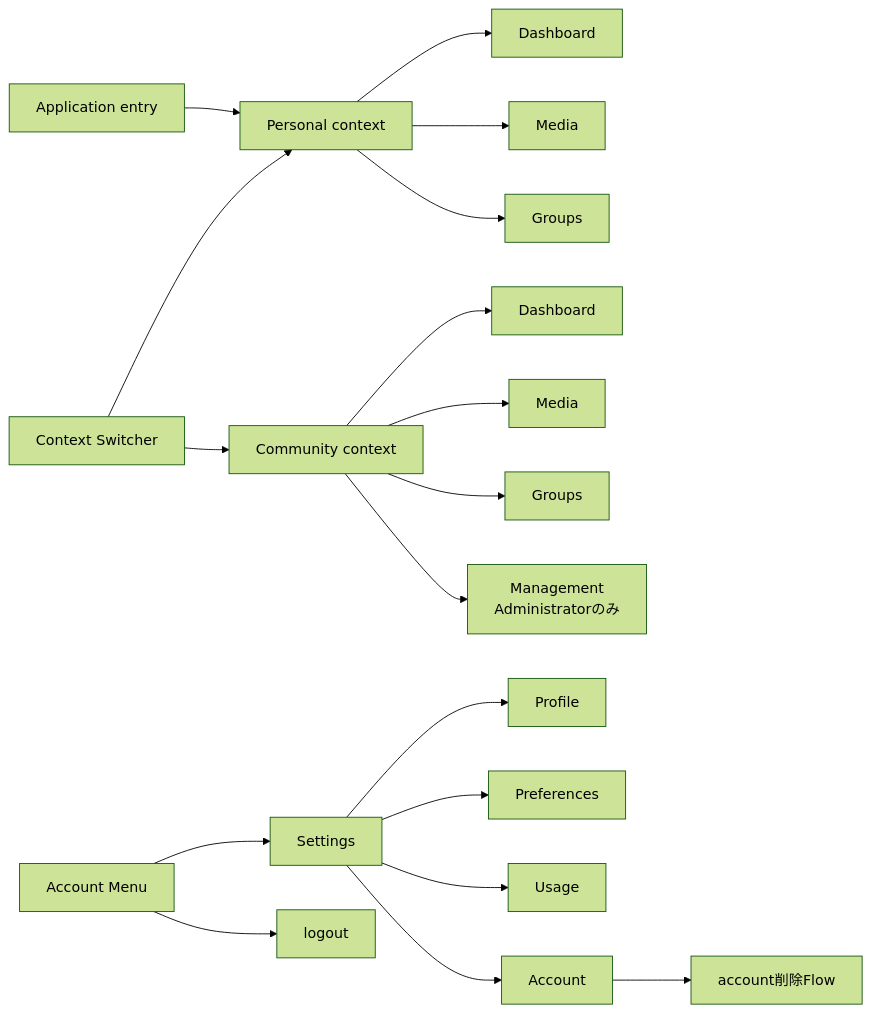
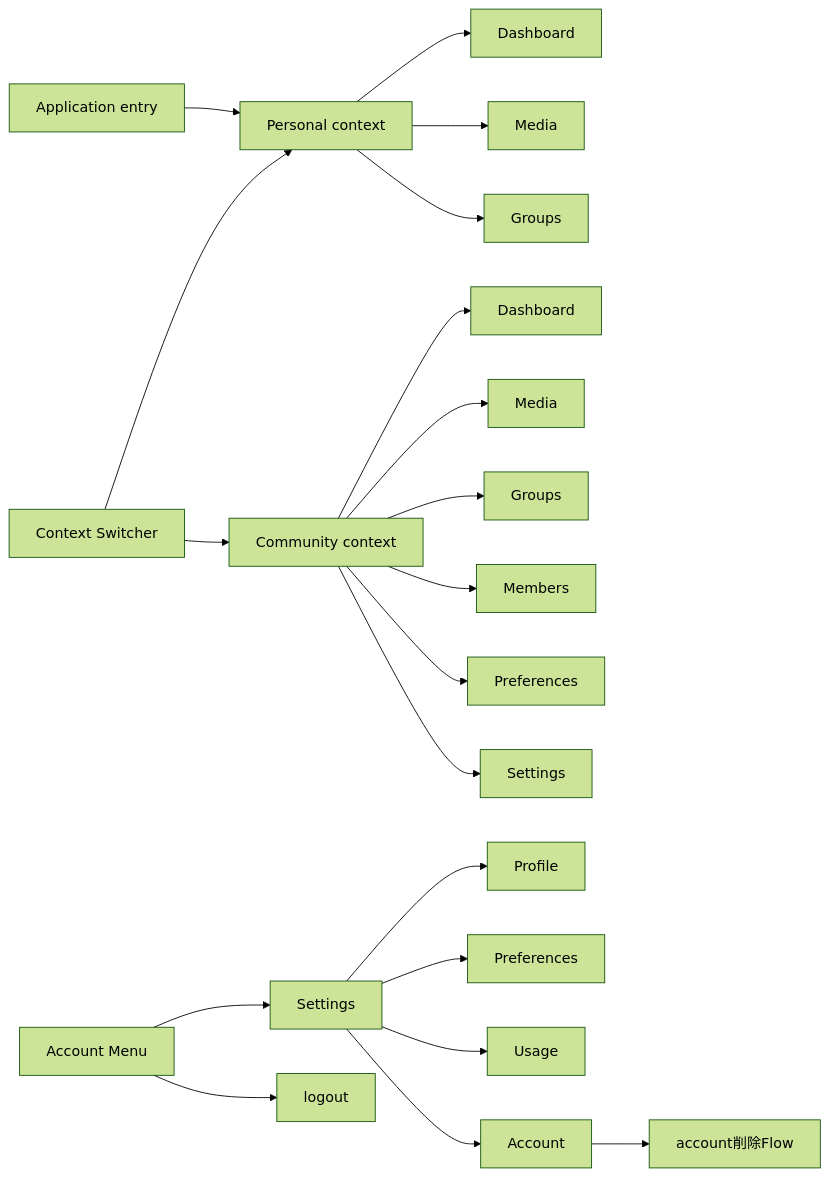
The diagram in content/system/application-information-architecture.mdx (hazuki3417/memoria-design), drawn with Mermaid (forest theme) before and after one commit. The commit also changed other lines of this file, not shown here.

Commit message:
docs: Community routeをCapability基準で再設計

````diff
--- a/content/system/application-information-architecture.mdx
+++ b/content/system/application-information-architecture.mdx
@@ -19,20 +19,22 @@
 ```mermaid
 flowchart LR
     Entry["Application entry"] --> Personal["Personal context"]
     Personal --> PDashboard["Dashboard"]
     Personal --> PMedia["Media"]
     Personal --> PGroups["Groups"]
     Switcher["Context Switcher"] --> Personal
     Switcher --> Community["Community context"]
     Community --> CDashboard["Dashboard"]
     Community --> CMedia["Media"]
     Community --> CGroups["Groups"]
-    Community --> Management["Management<br/>Administratorのみ"]
+    Community --> CMembers["Members"]
+    Community --> CPreferences["Preferences"]
+    Community --> CSettings["Settings"]
     Account["Account Menu"] --> Settings["Settings"]
     Settings --> Profile["Profile"]
     Settings --> Preferences["Preferences"]
     Settings --> Usage["Usage"]
     Settings --> AccountSettings["Account"]
     AccountSettings --> Deletion["account削除Flow"]
     Account --> Logout["logout"]
 ```
````
